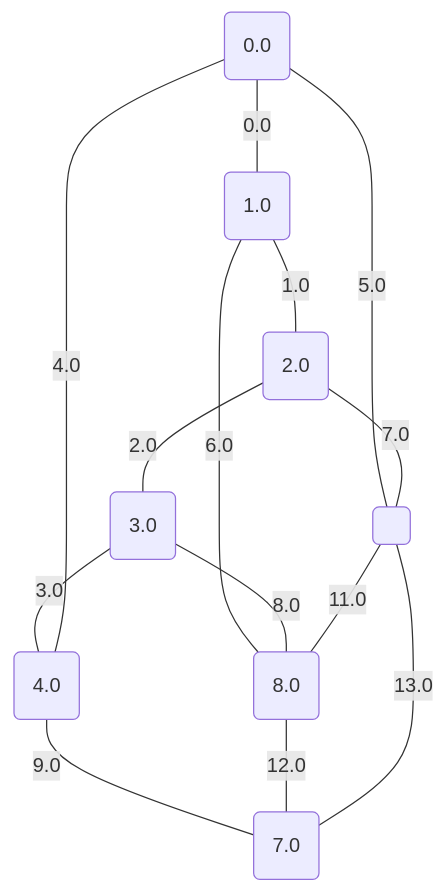
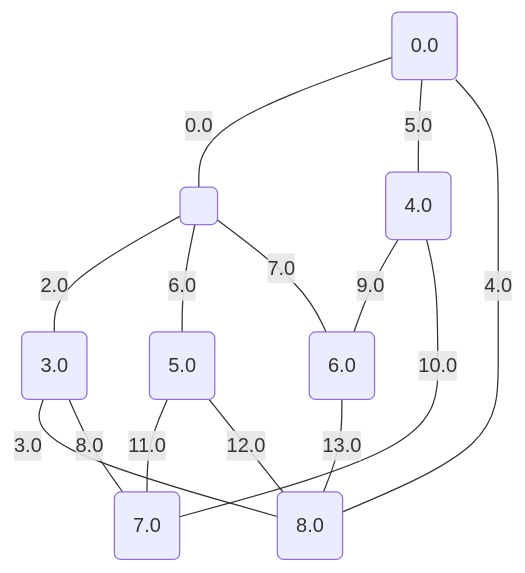
Before and after one commit to metury/graphs: the fifth of 17 diagrams in project/src/testing/showcase/minCutPetersen.md, drawn with Mermaid. The commit also changed other lines of this file and 33 other files, not shown here.

````diff
--- a/project/src/testing/showcase/minCutPetersen.md
+++ b/project/src/testing/showcase/minCutPetersen.md
@@ -135,24 +135,24 @@
 ```mermaid
 graph TD;
 	0("0.0");
-	1("1.0");
-	2("2.0");
-	3("3.0");
-	4("4.0");
+	1("3.0");
+	2("4.0");
+	3("5.0");
+	4("6.0");
 	5("7.0");
 	6("8.0");
 	7(" ");
-	0 -- "0.0" --- 1;
-	1 -- "1.0" --- 2;
-	2 -- "2.0" --- 3;
-	3 -- "3.0" --- 4;
-	4 -- "4.0" --- 0;
-	0 -- "5.0" --- 7;
-	1 -- "6.0" --- 6;
-	2 -- "7.0" --- 7;
-	3 -- "8.0" --- 6;
-	4 -- "9.0" --- 5;
-	7 -- "11.0" --- 6;
-	6 -- "12.0" --- 5;
-	7 -- "13.0" --- 5;
+	0 -- "0.0" --- 7;
+	7 -- "2.0" --- 1;
+	1 -- "3.0" --- 6;
+	6 -- "4.0" --- 0;
+	0 -- "5.0" --- 2;
+	7 -- "6.0" --- 3;
+	7 -- "7.0" --- 4;
+	1 -- "8.0" --- 5;
+	2 -- "9.0" --- 4;
+	2 -- "10.0" --- 5;
+	3 -- "11.0" --- 5;
+	3 -- "12.0" --- 6;
+	4 -- "13.0" --- 6;
 ```
````
